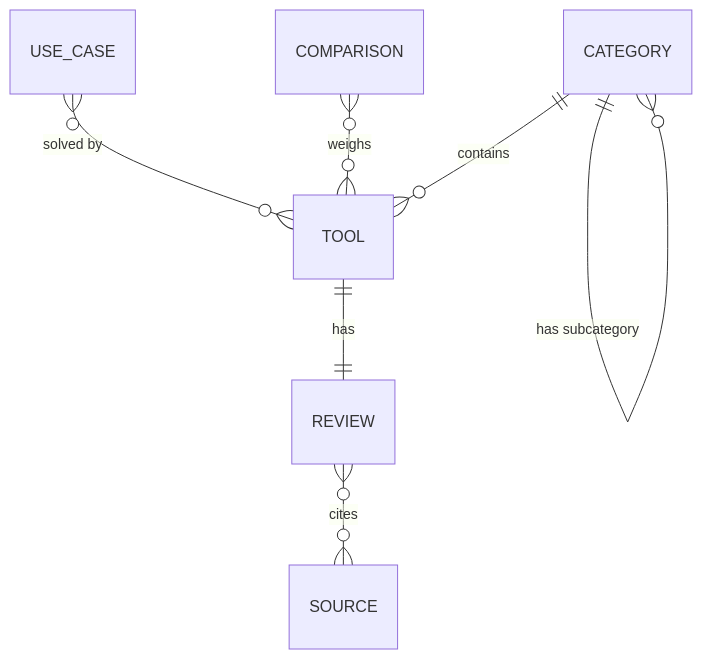
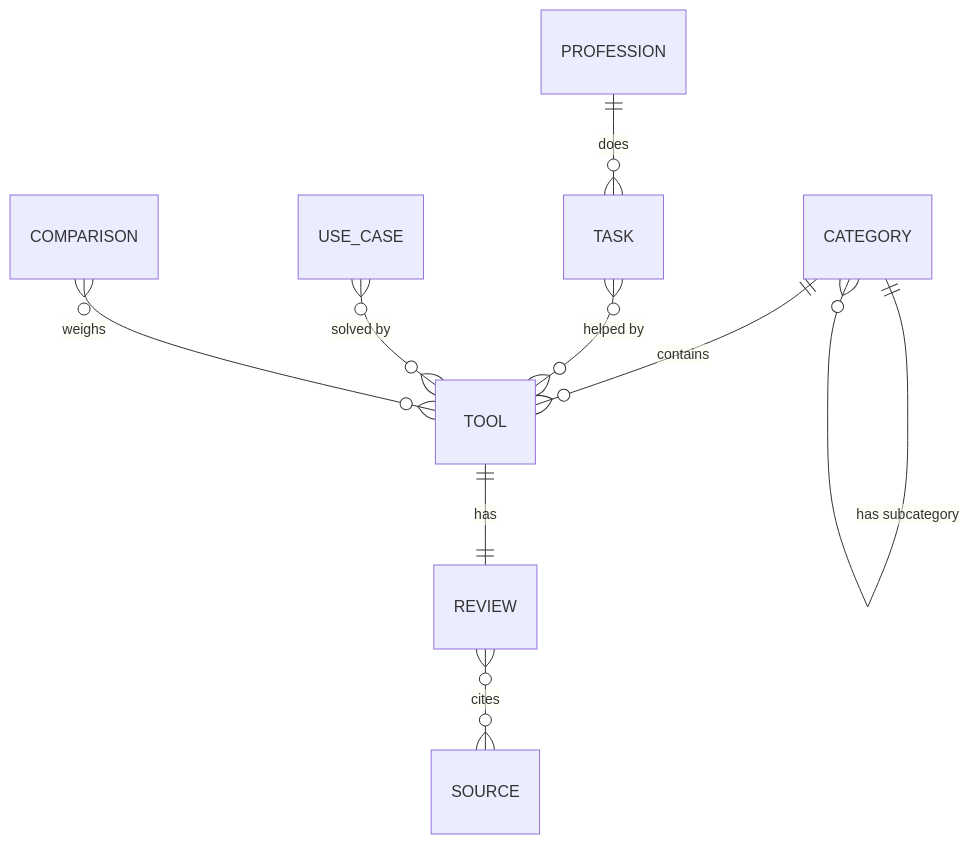
Before and after one commit to ombharatiya/ai-tools: the third of 4 diagrams in docs/requirements.md, drawn with Mermaid. The commit also changed other lines of this file and 6 other files, not shown here.

````diff
--- a/docs/requirements.md
+++ b/docs/requirements.md
@@ -136,9 +141,11 @@
 ```mermaid
 erDiagram
     CATEGORY ||--o{ TOOL : contains
     CATEGORY ||--o{ CATEGORY : "has subcategory"
+    PROFESSION ||--o{ TASK : does
+    TASK }o--o{ TOOL : "helped by"
     USE_CASE }o--o{ TOOL : "solved by"
     TOOL ||--|| REVIEW : "has"
     REVIEW }o--o{ SOURCE : cites
     COMPARISON }o--o{ TOOL : weighs
 ```
````
